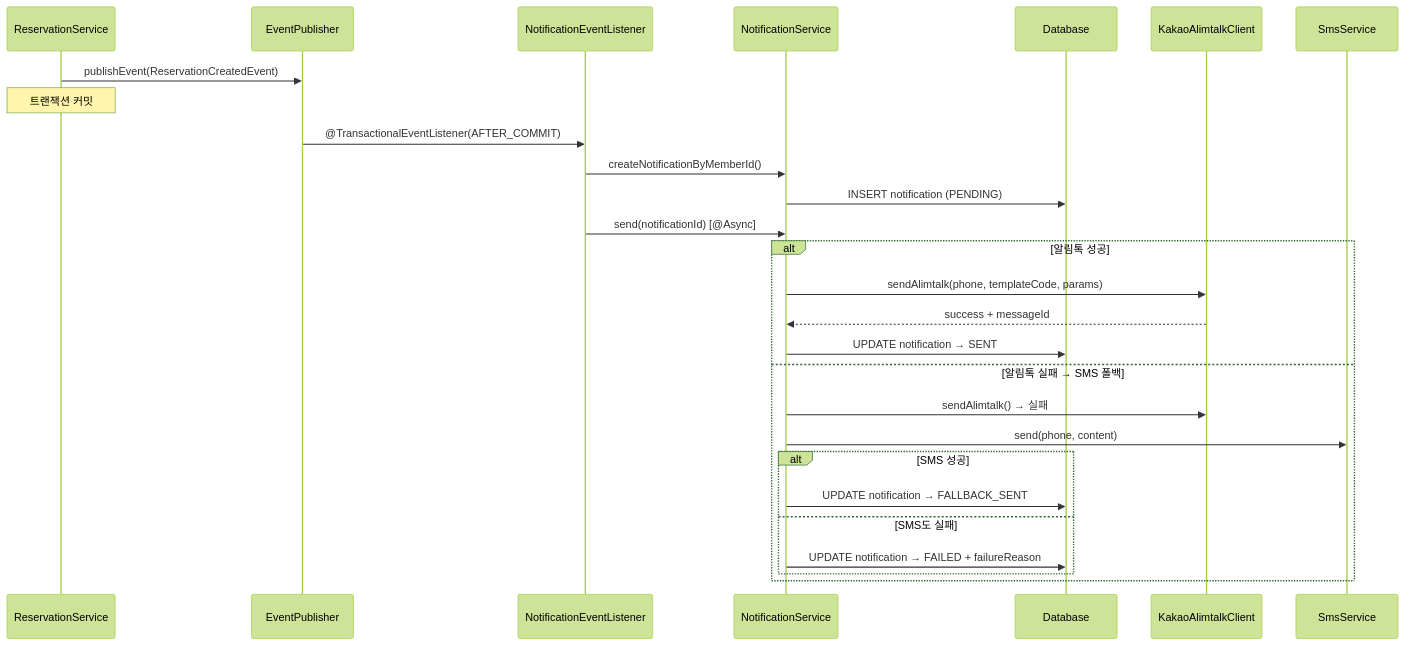
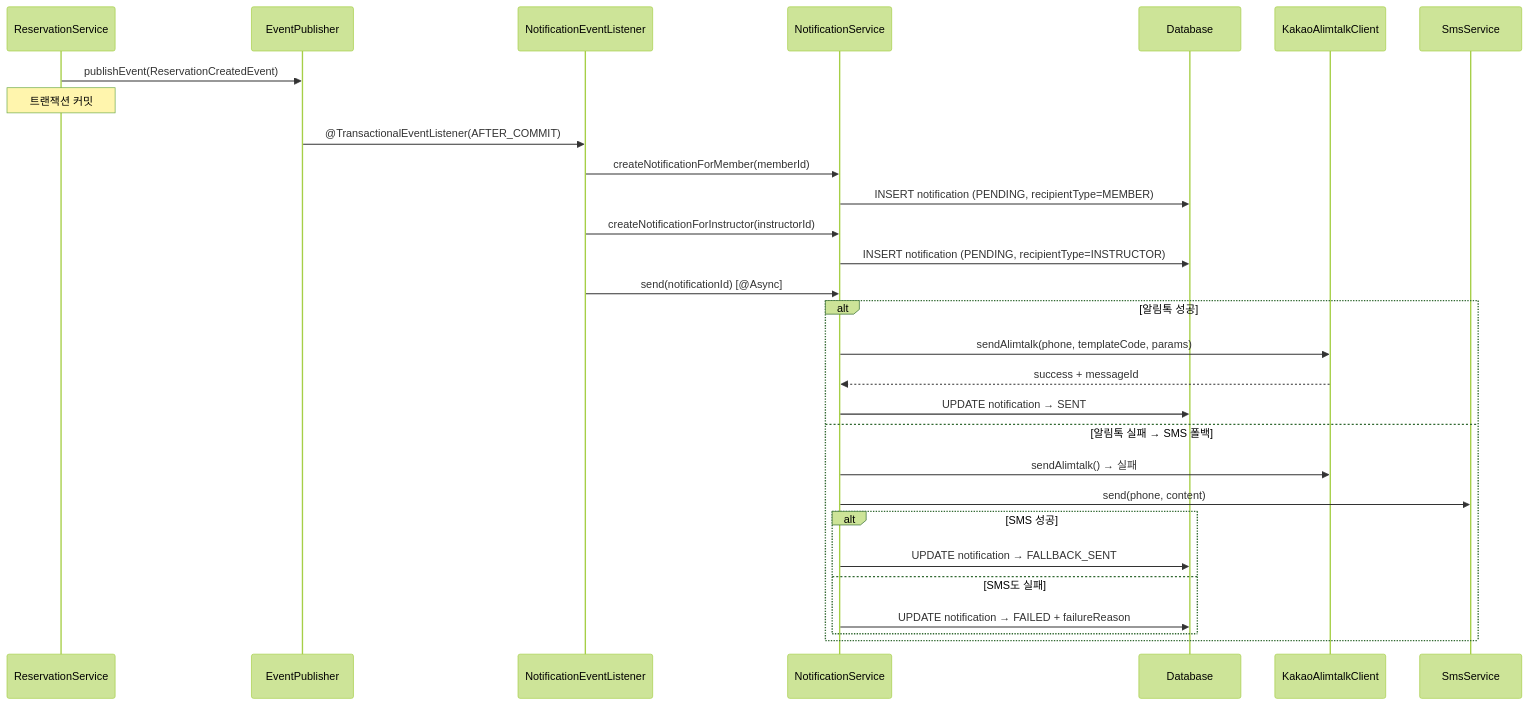
Before and after one commit to cds4242/pilates-toy1: diagram 12 of 12 in docs/ARCHITECTURE.md, drawn with Mermaid (forest theme). The commit also changed other lines of this file, not shown here.

First line of the commit message:
docs(architecture): notification recipient 일반화 + 강사 phone 암호화

````diff
--- a/docs/ARCHITECTURE.md
+++ b/docs/ARCHITECTURE.md
@@ -497,31 +497,33 @@
 ```mermaid
 sequenceDiagram
     participant RS as ReservationService
     participant EP as EventPublisher
     participant NL as NotificationEventListener
     participant NS as NotificationService
     participant DB as Database
     participant AK as KakaoAlimtalkClient
     participant SMS as SmsService
 
     RS->>EP: publishEvent(ReservationCreatedEvent)
     Note over RS: 트랜잭션 커밋
     EP->>NL: @TransactionalEventListener(AFTER_COMMIT)
-    NL->>NS: createNotificationByMemberId()
-    NS->>DB: INSERT notification (PENDING)
+    NL->>NS: createNotificationForMember(memberId)
+    NS->>DB: INSERT notification (PENDING, recipientType=MEMBER)
+    NL->>NS: createNotificationForInstructor(instructorId)
+    NS->>DB: INSERT notification (PENDING, recipientType=INSTRUCTOR)
     NL->>NS: send(notificationId) [@Async]
 
     alt 알림톡 성공
         NS->>AK: sendAlimtalk(phone, templateCode, params)
         AK-->>NS: success + messageId
         NS->>DB: UPDATE notification → SENT
     else 알림톡 실패 → SMS 폴백
         NS->>AK: sendAlimtalk() → 실패
         NS->>SMS: send(phone, content)
         alt SMS 성공
             NS->>DB: UPDATE notification → FALLBACK_SENT
         else SMS도 실패
             NS->>DB: UPDATE notification → FAILED + failureReason
         end
     end
 ```
````
